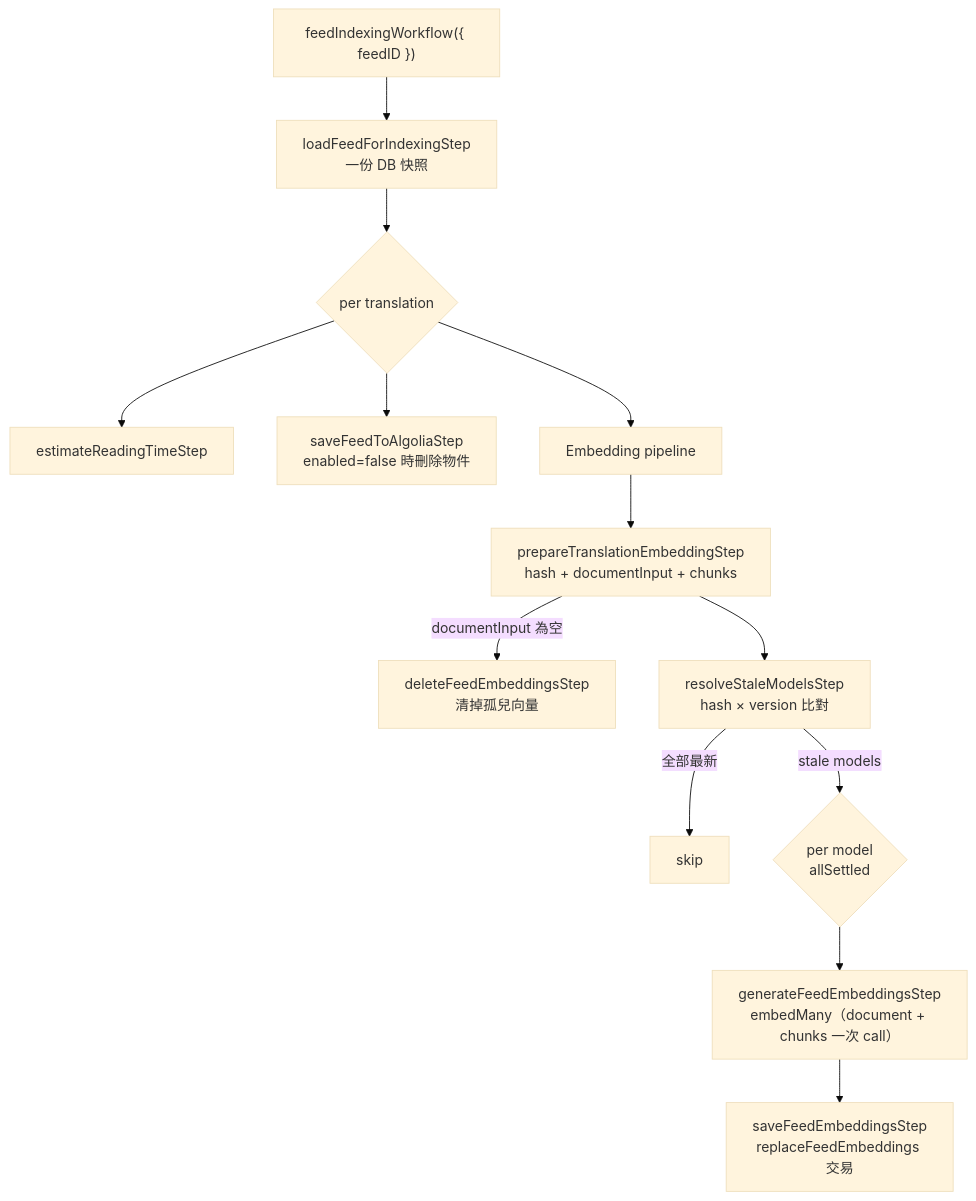
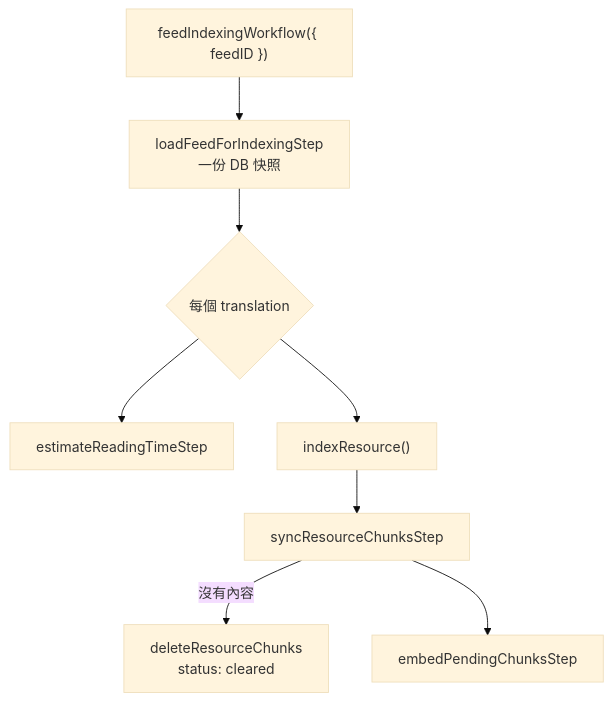
The second of 2 diagrams in docs/rag-architecture.md (Chia1104/chia1104.dev), drawn with Mermaid (base theme) before and after one commit. The commit also changed other lines of this file, not shown here.

First line of the commit message:
docs: document resource-based RAG architecture

````diff
--- a/docs/rag-architecture.md
+++ b/docs/rag-architecture.md
@@ -104,15 +130,10 @@
 ```mermaid
 flowchart TD
     A["feedIndexingWorkflow({ feedID })"] --> B[loadFeedForIndexingStep<br/>一份 DB 快照]
-    B --> C{per translation}
+    B --> C{每個 translation}
     C --> D[estimateReadingTimeStep]
-    C --> E[saveFeedToAlgoliaStep<br/>enabled=false 時刪除物件]
-    C --> F[Embedding pipeline]
-    F --> G[prepareTranslationEmbeddingStep<br/>hash + documentInput + chunks]
-    G -->|"documentInput 為空"| H[deleteFeedEmbeddingsStep<br/>清掉孤兒向量]
-    G --> I[resolveStaleModelsStep<br/>hash × version 比對]
-    I -->|"全部最新"| J[skip]
-    I -->|"stale models"| K{per model<br/>allSettled}
-    K --> L["generateFeedEmbeddingsStep<br/>embedMany（document + chunks 一次 call）"]
-    L --> M[saveFeedEmbeddingsStep<br/>replaceFeedEmbeddings 交易]
+    C --> E["indexResource()"]
+    E --> F[syncResourceChunksStep]
+    F -->|沒有內容| G[deleteResourceChunks<br/>status: cleared]
+    F --> H[embedPendingChunksStep]
 ```
````
